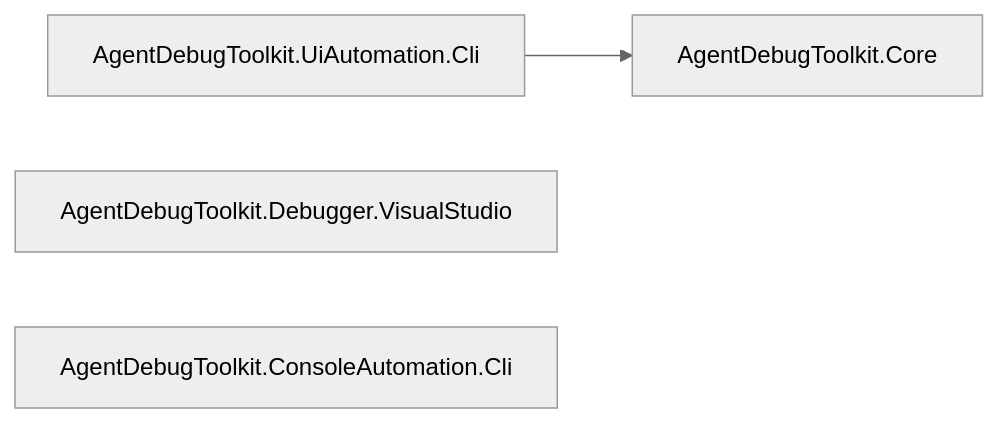
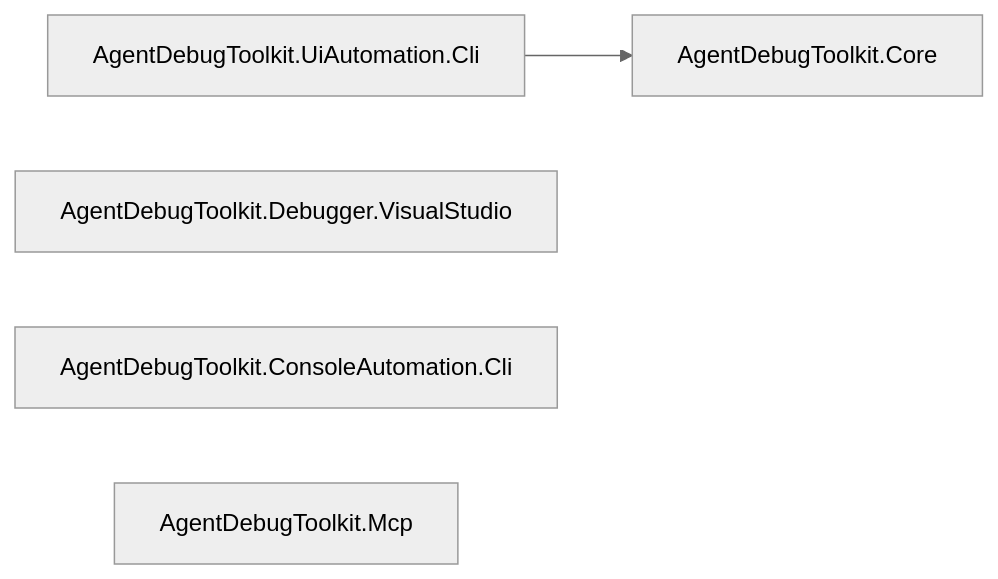
The diagram in docs/CODE_SUMMARY.md (citsuresh/AgentDebugToolkit), drawn with Mermaid (neutral theme) before and after one commit. The commit also changed other lines of this file and 6 other files, not shown here.

Commit message:
Sync project memory v14 and finalize session graphs

````diff
--- a/docs/CODE_SUMMARY.md
+++ b/docs/CODE_SUMMARY.md
@@ -9,6 +9,7 @@
 ```mermaid
 graph LR
-	Cli[AgentDebugToolkit.UiAutomation.Cli] --> Core[AgentDebugToolkit.Core]
+	Ui[AgentDebugToolkit.UiAutomation.Cli] --> Core[AgentDebugToolkit.Core]
 	Debugger[AgentDebugToolkit.Debugger.VisualStudio]
 	Console[AgentDebugToolkit.ConsoleAutomation.Cli]
+	Mcp[AgentDebugToolkit.Mcp]
 ```
````
